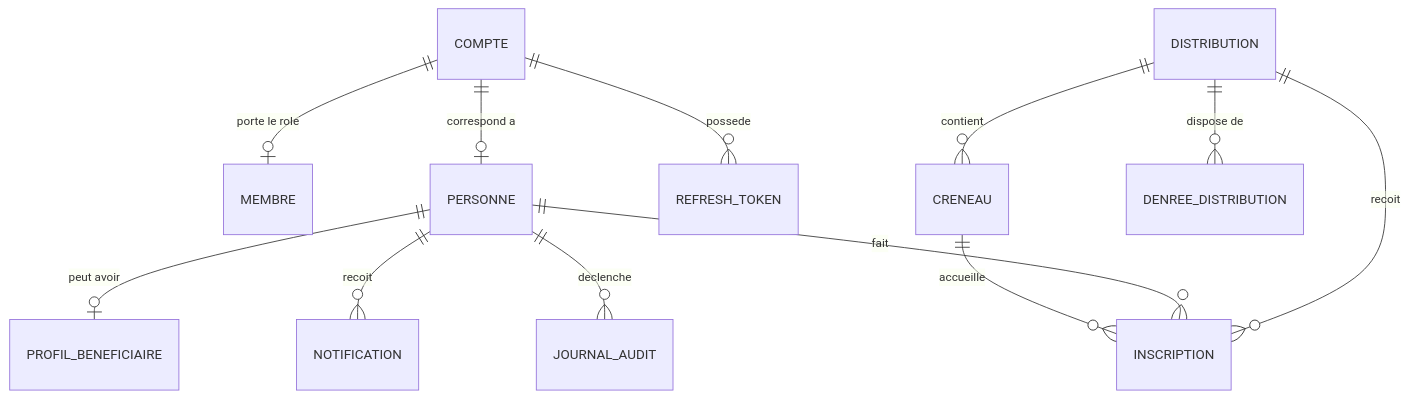
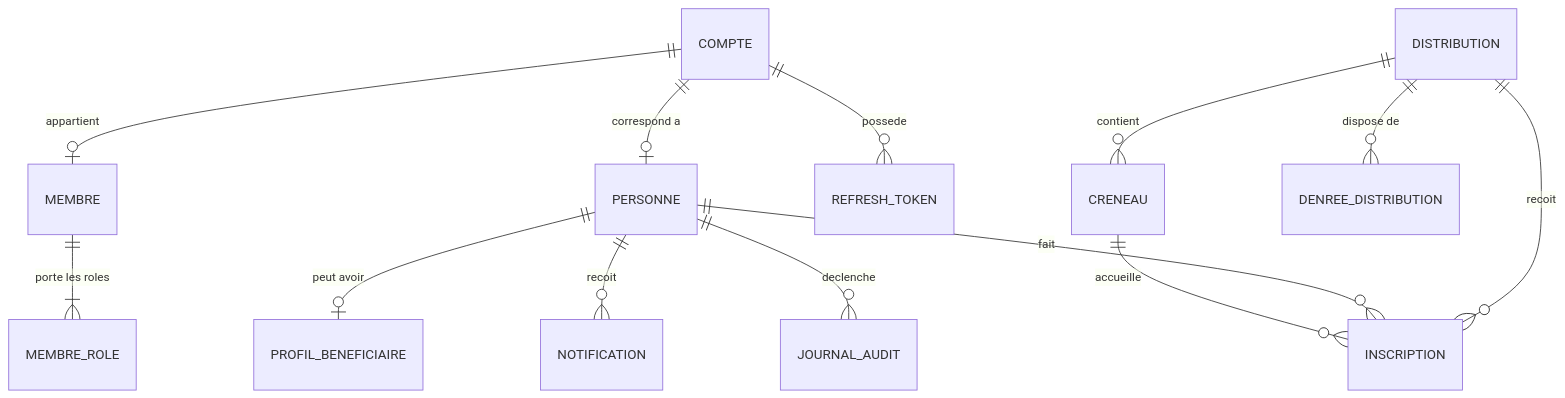
The diagram in docs/modele_donnees.md (Joello61/solivio), drawn with Mermaid before and after one commit. The commit also changed other lines of this file and 5 other files, not shown here.

````diff
--- a/docs/modele_donnees.md
+++ b/docs/modele_donnees.md
@@ -314,14 +320,15 @@
 ```mermaid
 erDiagram
-    COMPTE ||--o| MEMBRE : "porte le role"
+    COMPTE ||--o| MEMBRE : "appartient"
+    MEMBRE ||--|{ MEMBRE_ROLE : "porte les roles"
     COMPTE ||--o| PERSONNE : "correspond a"
     COMPTE ||--o{ REFRESH_TOKEN : "possede"
     PERSONNE ||--o| PROFIL_BENEFICIAIRE : "peut avoir"
     DISTRIBUTION ||--o{ CRENEAU : "contient"
     DISTRIBUTION ||--o{ INSCRIPTION : "recoit"
     DISTRIBUTION ||--o{ DENREE_DISTRIBUTION : "dispose de"
     PERSONNE ||--o{ INSCRIPTION : "fait"
     CRENEAU ||--o{ INSCRIPTION : "accueille"
     PERSONNE ||--o{ NOTIFICATION : "recoit"
     PERSONNE ||--o{ JOURNAL_AUDIT : "declenche"
 ```
````
